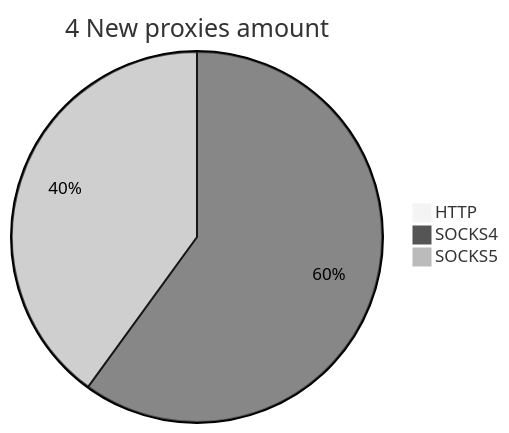
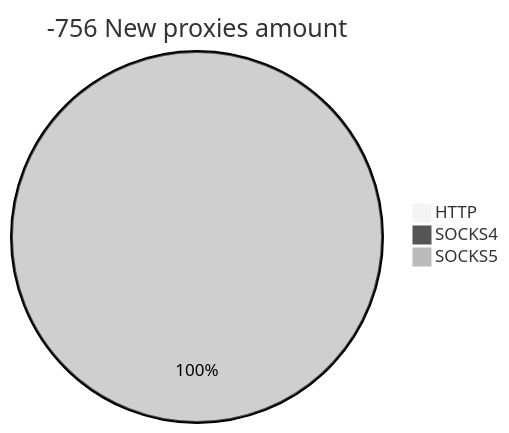
One commit to cutipu/proxylist changed the second of 2 diagrams in README.md. Above: the diagram before and after it, drawn with Mermaid (neutral theme). The commit also changed other lines of this file, not shown here.

````diff
--- a/README.md
+++ b/README.md
@@ -10,6 +10,6 @@
 ```mermaid
-pie title 4 New proxies amount
+pie title -756 New proxies amount
     "HTTP" : 0
-    "SOCKS4" : 3
-    "SOCKS5" : 2
+    "SOCKS4" : 0
+    "SOCKS5" : 20
 ```
````
